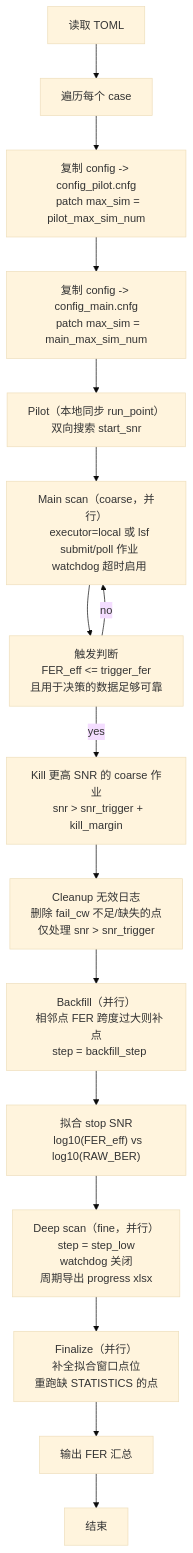
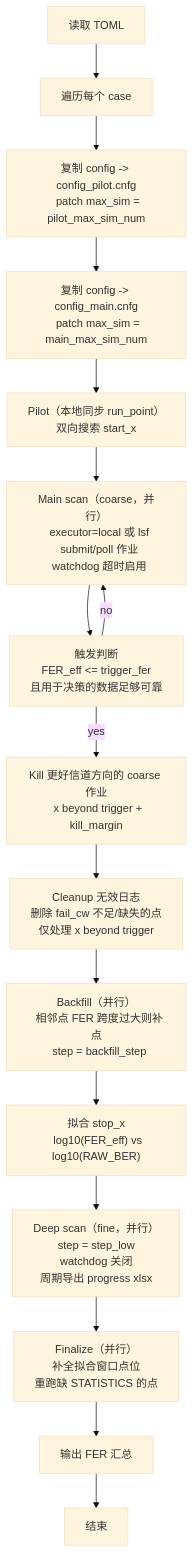
Before and after one commit to Gol-D-Rogger/LDPC-codes: the first of 4 diagrams in scripts/auto_fer_eval/README.md, drawn with Mermaid (base theme). The commit also changed other lines of this file and 38 other files, not shown here.

````diff
--- a/scripts/auto_fer_eval/README.md
+++ b/scripts/auto_fer_eval/README.md
@@ -81,37 +87,37 @@
 ```mermaid
 flowchart TD
   A["读取 TOML"] --> B["遍历每个 case"]
   B --> C["复制 config -> config_pilot.cnfg
   patch max_sim = pilot_max_sim_num"]
   C --> D["复制 config -> config_main.cnfg
   patch max_sim = main_max_sim_num"]
   D --> E["Pilot（本地同步 run_point）
-  双向搜索 start_snr"]
+  双向搜索 start_x"]
   E --> F["Main scan（coarse，并行）
   executor=local 或 lsf
   submit/poll 作业
   watchdog 超时启用"]
   F --> G["触发判断
   FER_eff <= trigger_fer
   且用于决策的数据足够可靠"]
   G -->| no | F
-  G -->| yes | H["Kill 更高 SNR 的 coarse 作业
-  snr > snr_trigger + kill_margin"]
+  G -->| yes | H["Kill 更好信道方向的 coarse 作业
+  x beyond trigger + kill_margin"]
   H --> CL["Cleanup 无效日志
   删除 fail_cw 不足/缺失的点
-  仅处理 snr > snr_trigger"]
+  仅处理 x beyond trigger"]
   CL --> BF["Backfill（并行）
   相邻点 FER 跨度过大则补点
   step = backfill_step"]
-  BF --> I["拟合 stop SNR
+  BF --> I["拟合 stop_x
   log10(FER_eff) vs log10(RAW_BER)"]
   I --> J["Deep scan（fine，并行）
   step = step_low
   watchdog 关闭
   周期导出 progress xlsx"]
   J --> FIN["Finalize（并行）
   补全拟合窗口点位
   重跑缺 STATISTICS 的点"]
   FIN --> K["输出 FER 汇总"]
   K --> L["结束"]
 ```
````
